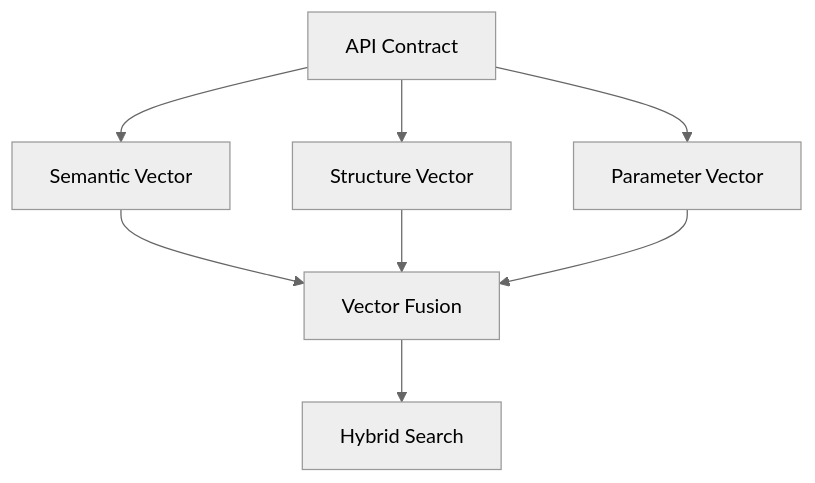
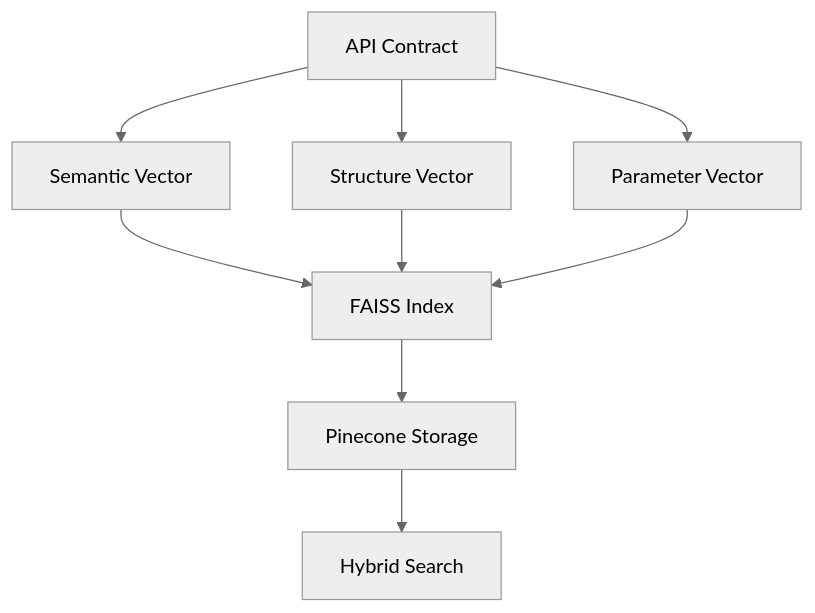
Before and after one commit to felipepimentel/plexure-api-search: the second of 4 diagrams in README.md, drawn with Mermaid (neutral theme). The commit also changed other lines of this file, not shown here.

````diff
--- a/README.md
+++ b/README.md
@@ -29,10 +31,11 @@
 ```mermaid
 graph TD
     A[API Contract] --> B1[Semantic Vector]
     A --> B2[Structure Vector]
     A --> B3[Parameter Vector]
-    B1 --> C[Vector Fusion]
+    B1 --> C[FAISS Index]
     B2 --> C
     B3 --> C
-    C --> D[Hybrid Search]
+    C --> D[Pinecone Storage]
+    D --> E[Hybrid Search]
 ```
````
